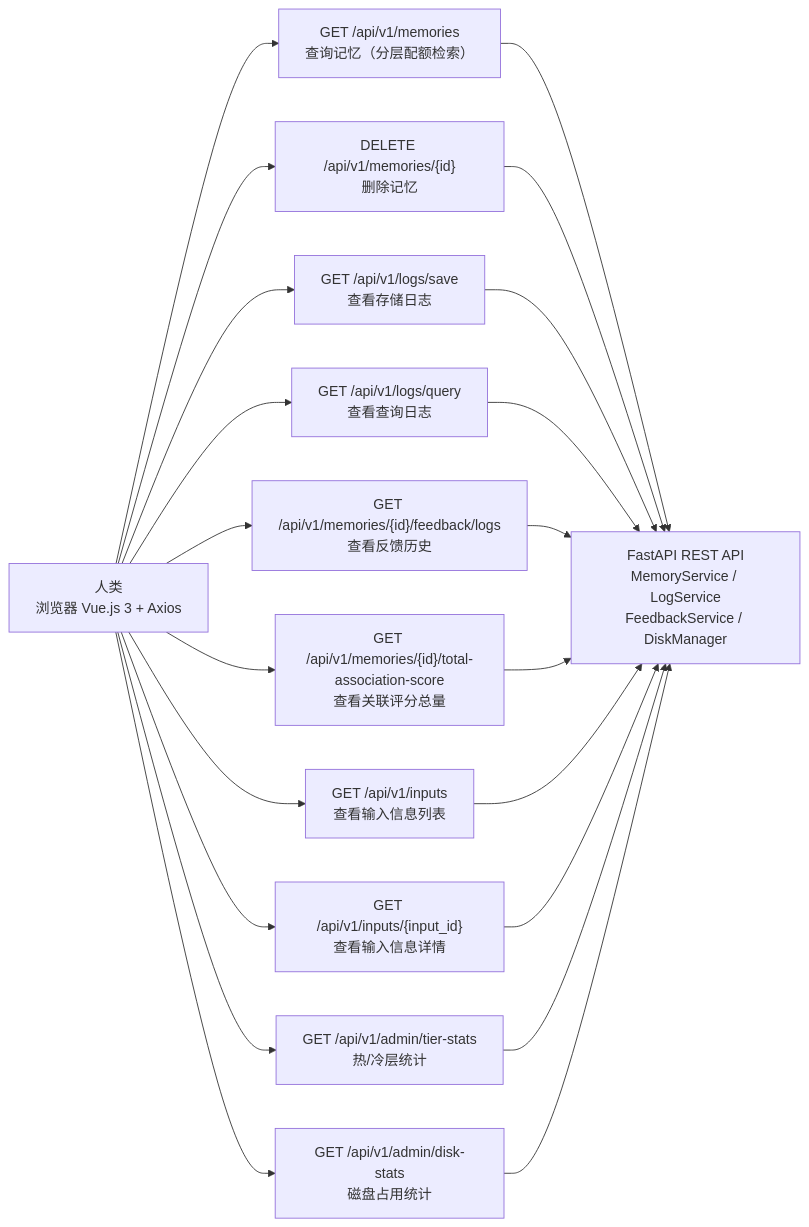
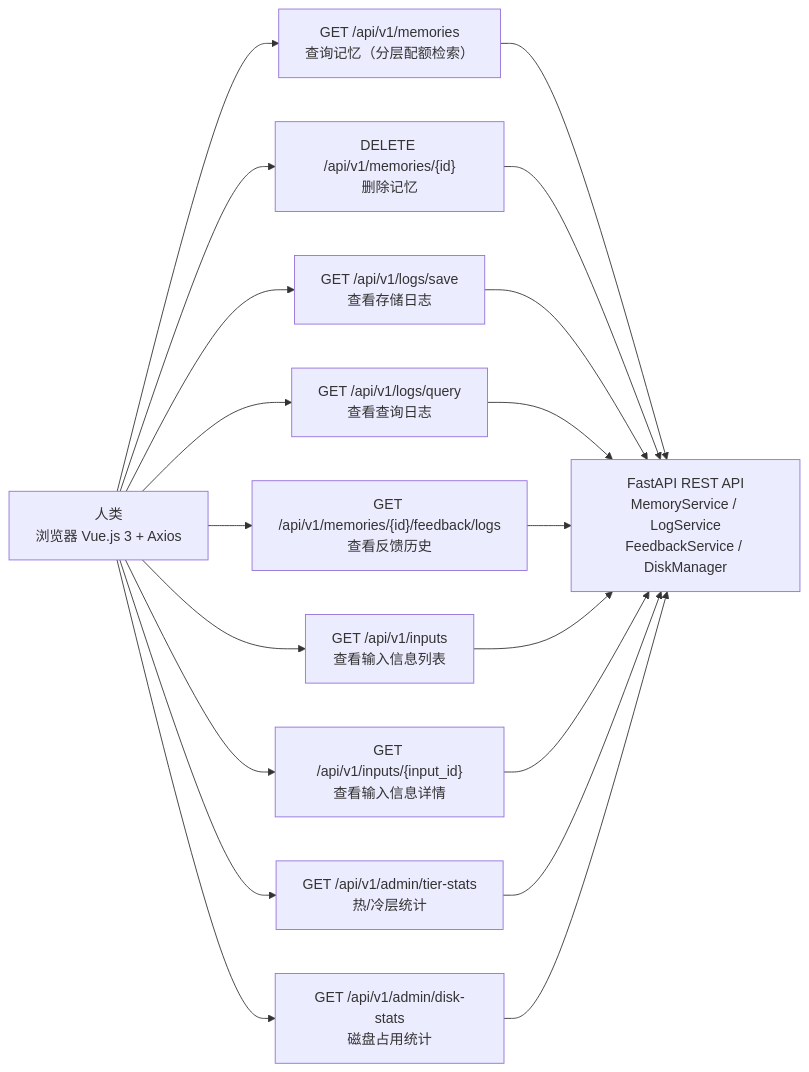
One commit to SevenLv/air_memory changed the seventh of 10 diagrams in doc/sad_v1.14.md. Above: the diagram before and after it, drawn with Mermaid. The commit also changed other lines of this file and 3 other files, not shown here.

````diff
--- a/doc/sad_v1.14.md
+++ b/doc/sad_v1.14.md
@@ -475,17 +475,16 @@
 ```mermaid
 flowchart LR
     Browser["人类<br/>浏览器 Vue.js 3 + Axios"]
 
     Browser --> Q["GET /api/v1/memories<br/>查询记忆（分层配额检索）"]
     Browser --> D["DELETE /api/v1/memories/{id}<br/>删除记忆"]
     Browser --> LS["GET /api/v1/logs/save<br/>查看存储日志"]
     Browser --> LQ["GET /api/v1/logs/query<br/>查看查询日志"]
     Browser --> FL["GET /api/v1/memories/{id}/feedback/logs<br/>查看反馈历史"]
-    Browser --> VS["GET /api/v1/memories/{id}/total-association-score<br/>查看关联评分总量"]
     Browser --> IL["GET /api/v1/inputs<br/>查看输入信息列表"]
     Browser --> ID["GET /api/v1/inputs/{input_id}<br/>查看输入信息详情"]
     Browser --> TS["GET /api/v1/admin/tier-stats<br/>热/冷层统计"]
     Browser --> DS["GET /api/v1/admin/disk-stats<br/>磁盘占用统计"]
 
-    Q & D & LS & LQ & FL & VS & IL & ID & TS & DS --> Backend["FastAPI REST API<br/>MemoryService / LogService<br/>FeedbackService / DiskManager"]
+    Q & D & LS & LQ & FL & IL & ID & TS & DS --> Backend["FastAPI REST API<br/>MemoryService / LogService<br/>FeedbackService / DiskManager"]
 ```
````
